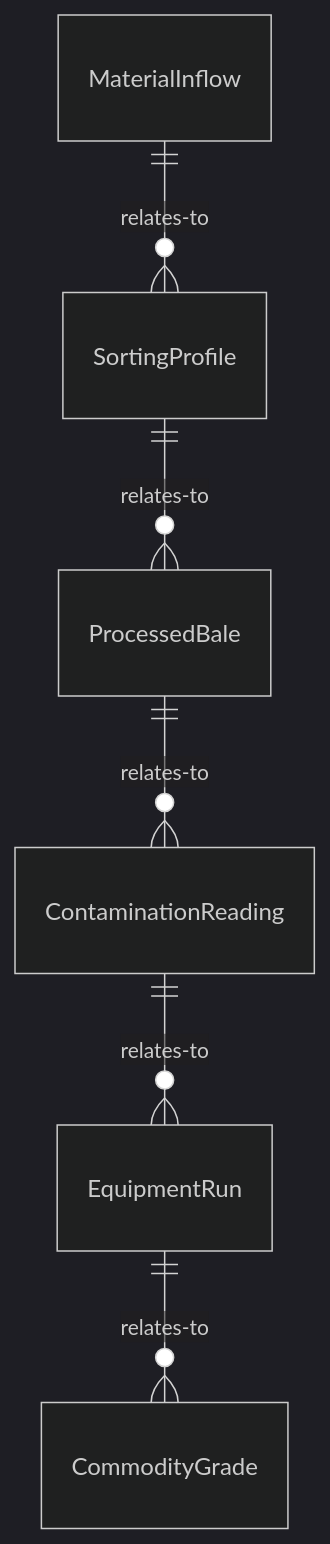
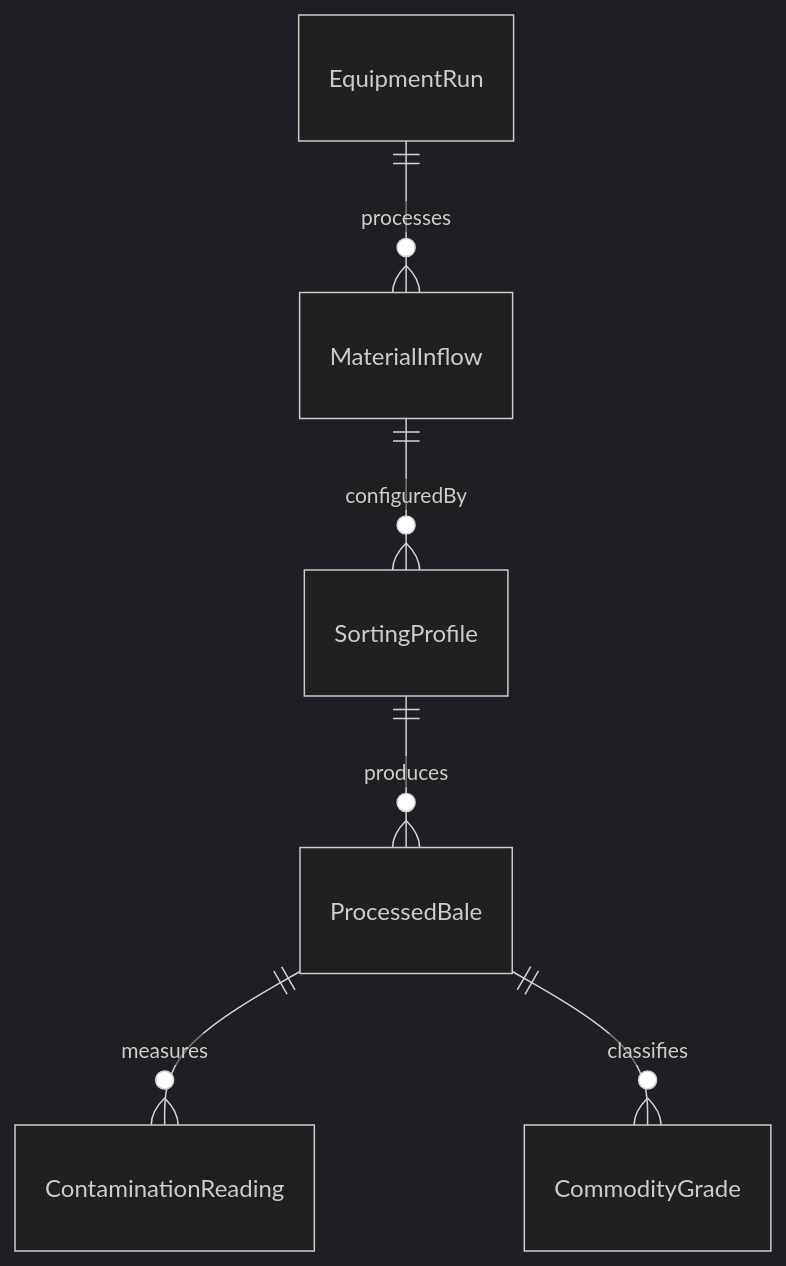
The first of 4 diagrams in ControllingMachinesAndProcesses/OperateIndustrialProcessingOrProductionEquipment/OperateRecyclingEquipment.mdx (dot-org-ai/tasks.org.ai), drawn with Mermaid (dark theme) before and after one commit. The commit also changed other lines of this file and 515 other files, not shown here.

````diff
--- a/ControllingMachinesAndProcesses/OperateIndustrialProcessingOrProductionEquipment/OperateRecyclingEquipment.mdx
+++ b/ControllingMachinesAndProcesses/OperateIndustrialProcessingOrProductionEquipment/OperateRecyclingEquipment.mdx
@@ -88,8 +88,8 @@
 ```mermaid
 erDiagram
-    MaterialInflow ||--o{ SortingProfile : relates-to
-    SortingProfile ||--o{ ProcessedBale : relates-to
-    ProcessedBale ||--o{ ContaminationReading : relates-to
-    ContaminationReading ||--o{ EquipmentRun : relates-to
-    EquipmentRun ||--o{ CommodityGrade : relates-to
+    MaterialInflow ||--o{ SortingProfile : configuredBy
+    SortingProfile ||--o{ ProcessedBale : produces
+    ProcessedBale ||--o{ ContaminationReading : measures
+    ProcessedBale ||--o{ CommodityGrade : classifies
+    EquipmentRun ||--o{ MaterialInflow : processes
 ```
````
